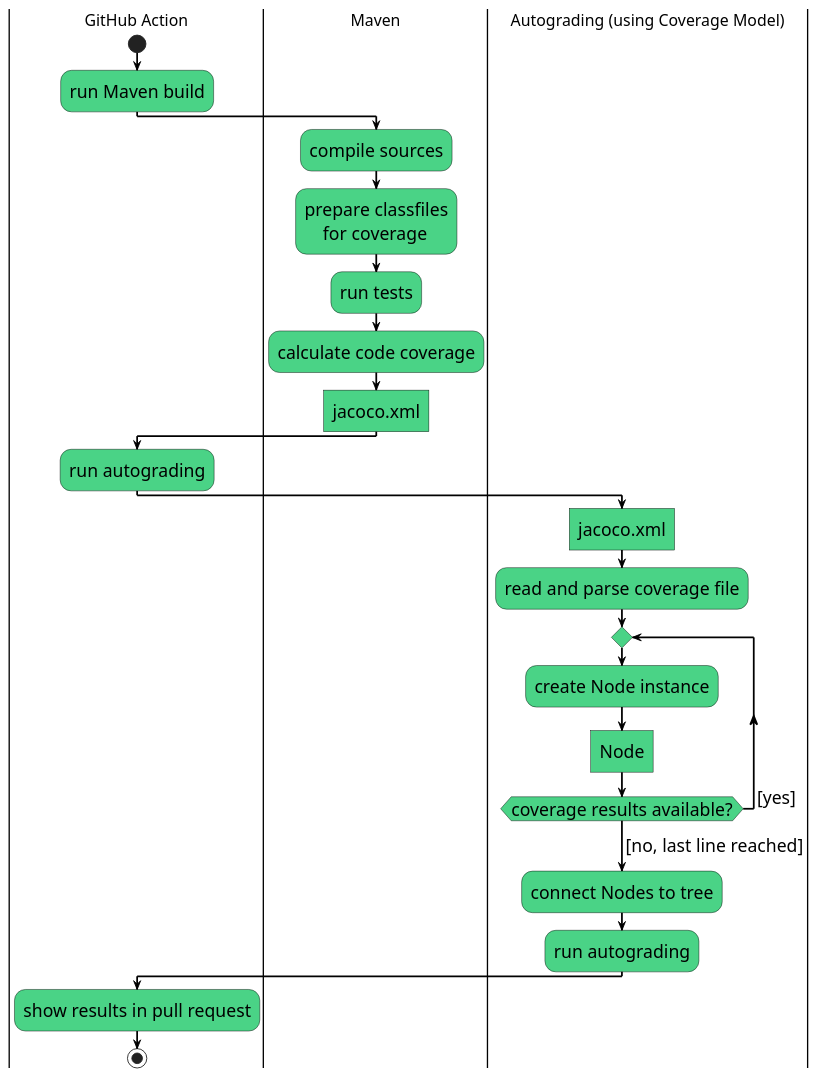
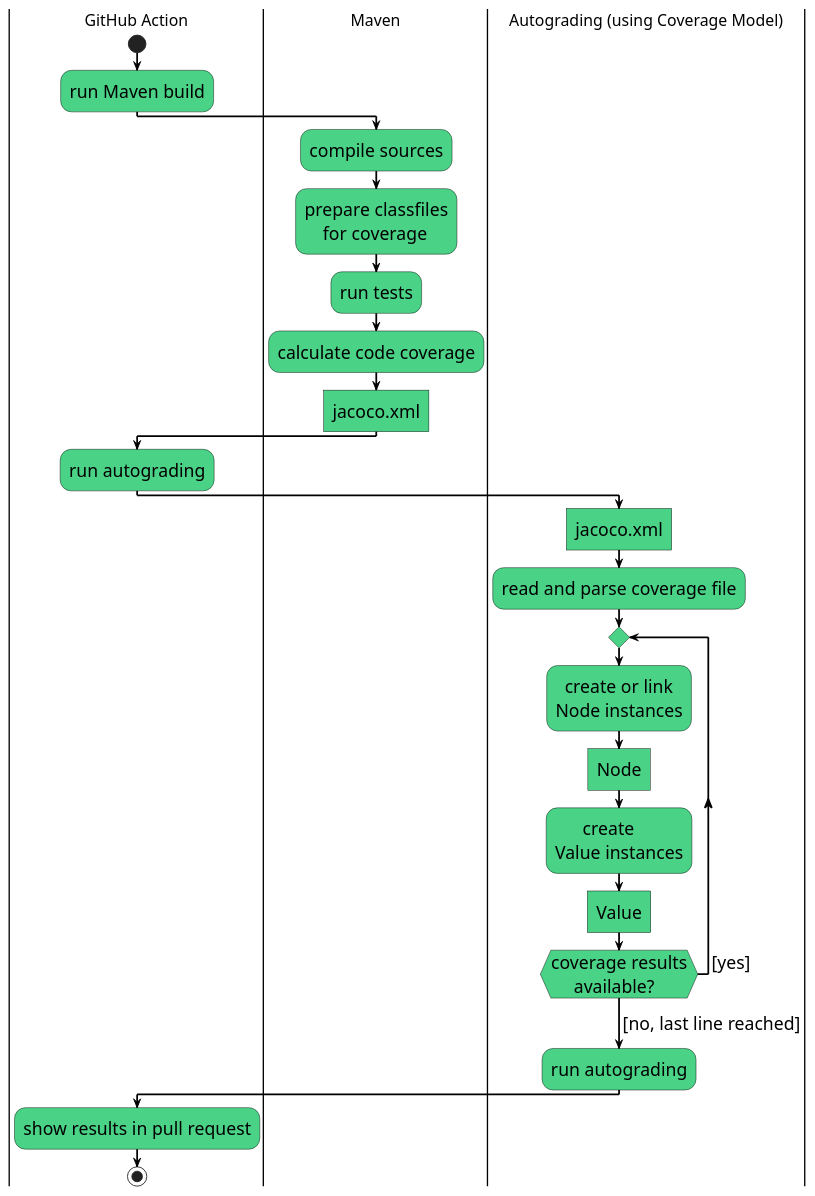
Before and after one commit to jenkinsci/coverage-model: the diagram in doc/use-case.puml, drawn with PlantUML. The commit also changed 8 other files, not shown here.

Commit message:
Update UML diagrams to reflect the changes in the module.

```diff
--- a/doc/use-case.puml
+++ b/doc/use-case.puml
@@ -1,46 +1,47 @@
 @startuml
 skinparam activity {
 BackgroundColor #4AD386
 BorderColor #a0a0a0
 BorderColor black
 ArrowColor black
 ArrowThickness 2
 FontName Arial Unicode MS
 FontSize 20
 }
 
 skinparam ArrowColor black
 skinparam ArrowThickness 2
 
 skinparam activityDiamondBackgroundColor #4AD386
 skinparam activityDiamondBorderColor black
 skinparam activityDiamondFont Arial Unicode MS
 skinparam activityArrowFontSize 20
 skinparam activityArrowFont Arial Unicode MS
 
 |GitHub Action|
 start
 :run Maven build;
 |Maven|
 :compile sources;
 :prepare classfiles\n    for coverage;
 :run tests;
 :calculate code coverage;
 :jacoco.xml]
 |GitHub Action|
 :run autograding;
 |Autograding (using Coverage Model)|
 :jacoco.xml]
 :read and parse coverage file;
 repeat
-:create Node instance;
+:  create or link\nNode instances;
 :Node]
-repeat while (coverage results available?) is (   [yes])
+:      create \nValue instances;
+:Value]
+repeat while (coverage results\n     available?) is (   [yes])
 ->  [no, last line reached];
-:connect Nodes to tree;
 :run autograding;
 |GitHub Action|
 :show results in pull request;
 stop
 |GitHub Action|
 @enduml
```
